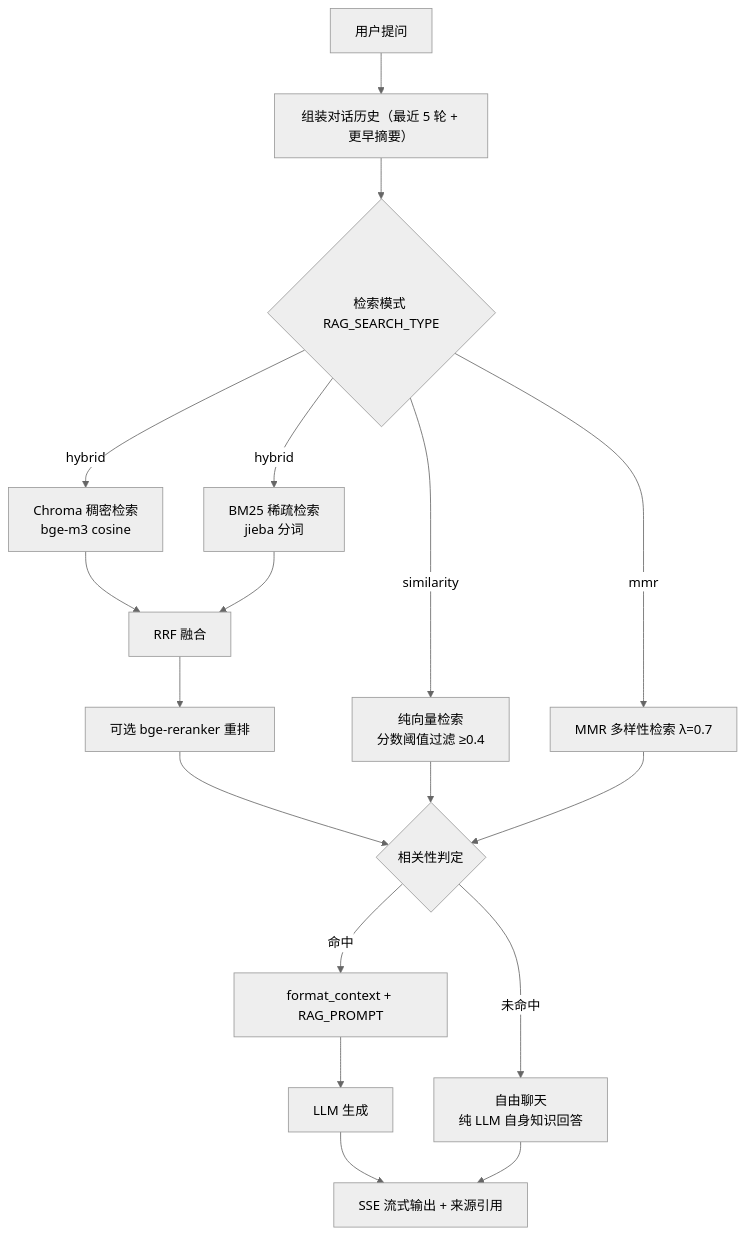
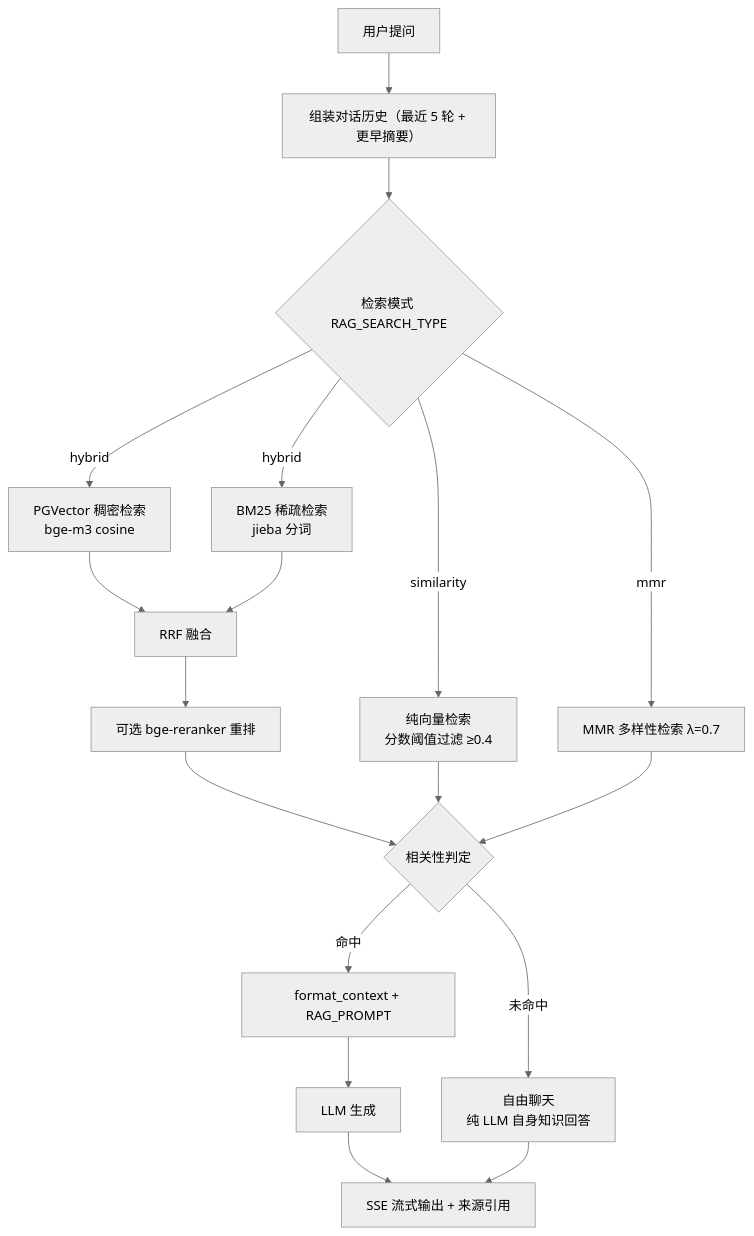
One commit to zqc1661586344/zz-demand-system changed the second of 2 diagrams in README.md. Above: the diagram before and after it, drawn with Mermaid (neutral theme). The commit also changed other lines of this file and 14 other files, not shown here.

````diff
--- a/README.md
+++ b/README.md
@@ -179,20 +179,20 @@
 ```mermaid
 flowchart TD
     Q["用户提问"] --> H["组装对话历史（最近 5 轮 + 更早摘要）"]
     H --> D{"检索模式 RAG_SEARCH_TYPE"}
-    D -->|hybrid| DH["Chroma 稠密检索<br/>bge-m3 cosine"]
+    D -->|hybrid| DH["PGVector 稠密检索<br/>bge-m3 cosine"]
     D -->|hybrid| SH["BM25 稀疏检索<br/>jieba 分词"]
     DH --> F["RRF 融合"]
     SH --> F
     F --> R["可选 bge-reranker 重排"]
     D -->|similarity| SV["纯向量检索<br/>分数阈值过滤 ≥0.4"]
     D -->|mmr| MM["MMR 多样性检索 λ=0.7"]
     R --> G{"相关性判定"}
     SV --> G
     MM --> G
     G -->|命中| C["format_context + RAG_PROMPT"]
     C --> L["LLM 生成"]
     L --> A["SSE 流式输出 + 来源引用"]
     G -->|未命中| FC["自由聊天<br/>纯 LLM 自身知识回答"]
     FC --> A
 ```
````
